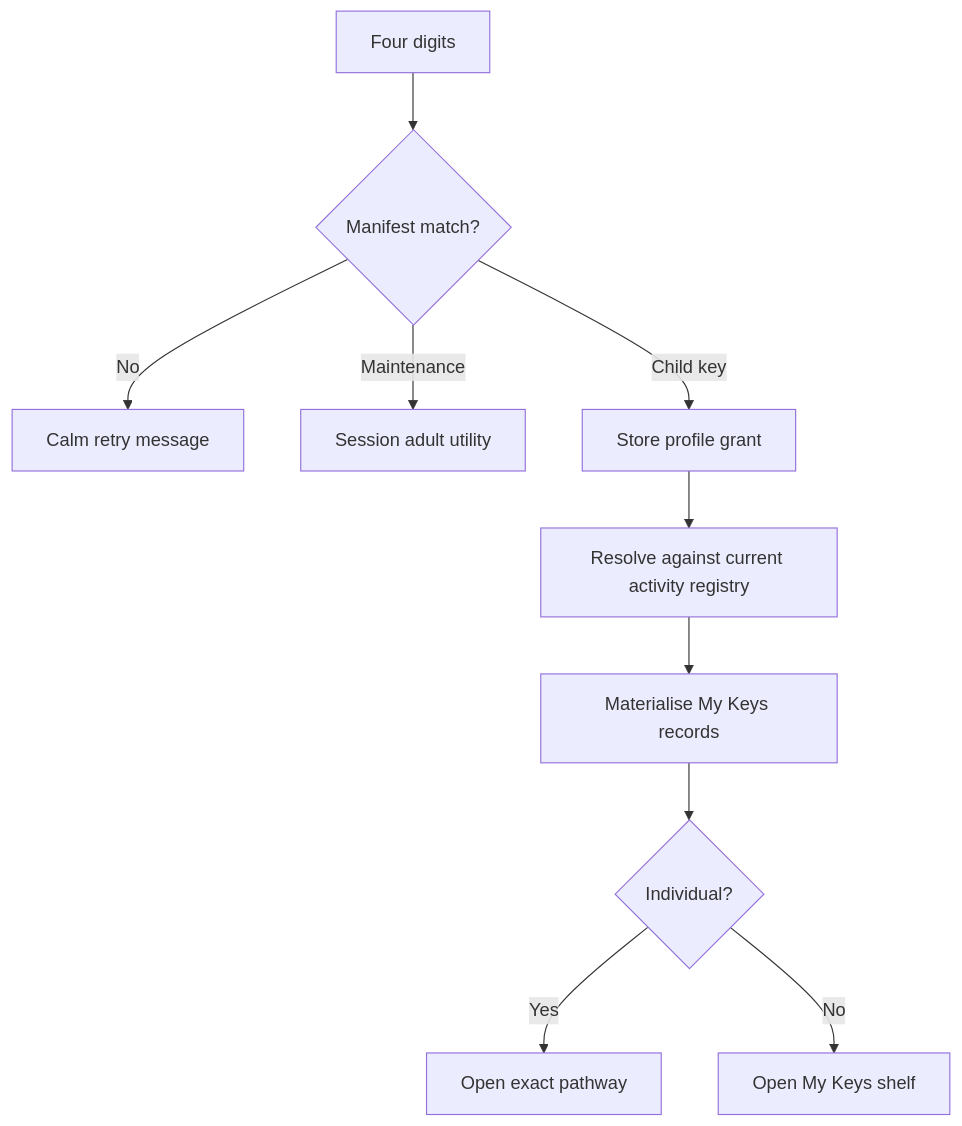
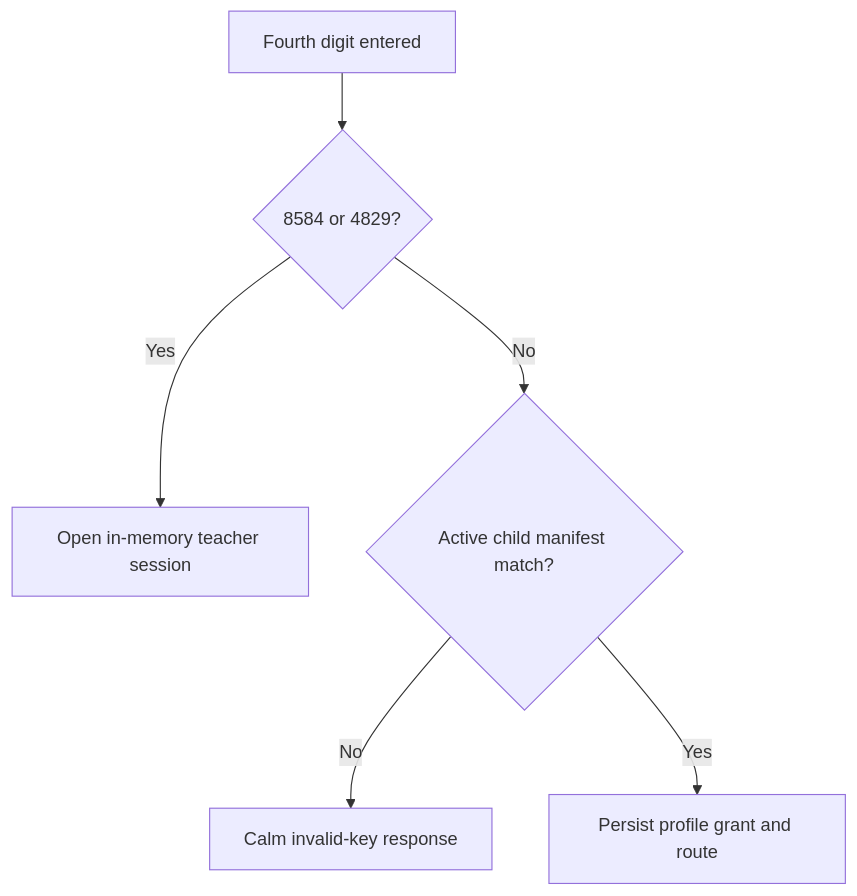
The fourth of 4 diagrams in docs/ARCHITECTURE.md (6wyk5wz8rf-star/Autumn---How-can-we-look-after-our-planet-), drawn with Mermaid before and after one commit. The commit also changed other lines of this file and 49 other files, not shown here.

Commit message:
Build Number Expedition and Teacher Key Room

````diff
--- a/docs/ARCHITECTURE.md
+++ b/docs/ARCHITECTURE.md
@@ -93,12 +203,8 @@
 ```mermaid
 flowchart TD
-    A[Four digits] --> B{Manifest match?}
-    B -- No --> C[Calm retry message]
-    B -- Maintenance --> D[Session adult utility]
-    B -- Child key --> E[Store profile grant]
-    E --> F[Resolve against current activity registry]
-    F --> G[Materialise My Keys records]
-    G --> H{Individual?}
-    H -- Yes --> I[Open exact pathway]
-    H -- No --> J[Open My Keys shelf]
+    A[Fourth digit entered] --> B{8584 or 4829?}
+    B -- Yes --> C[Open in-memory teacher session]
+    B -- No --> D{Active child manifest match?}
+    D -- No --> E[Calm invalid-key response]
+    D -- Yes --> F[Persist profile grant and route]
 ```
````
